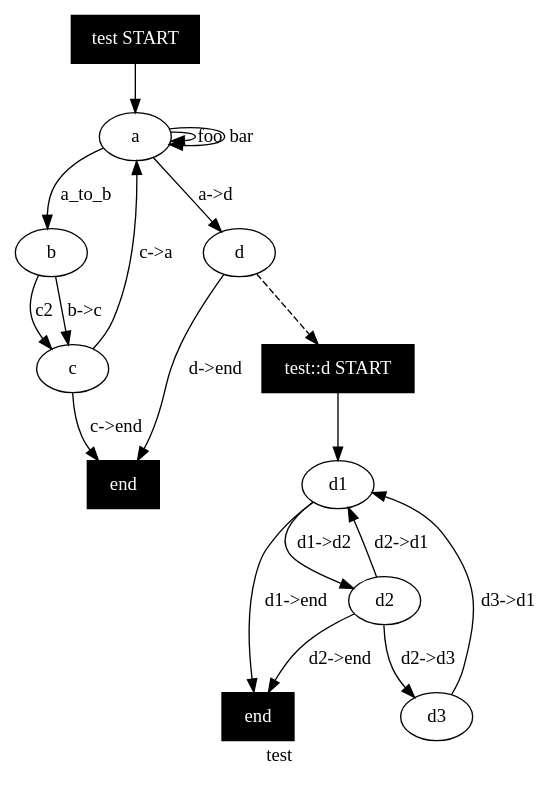
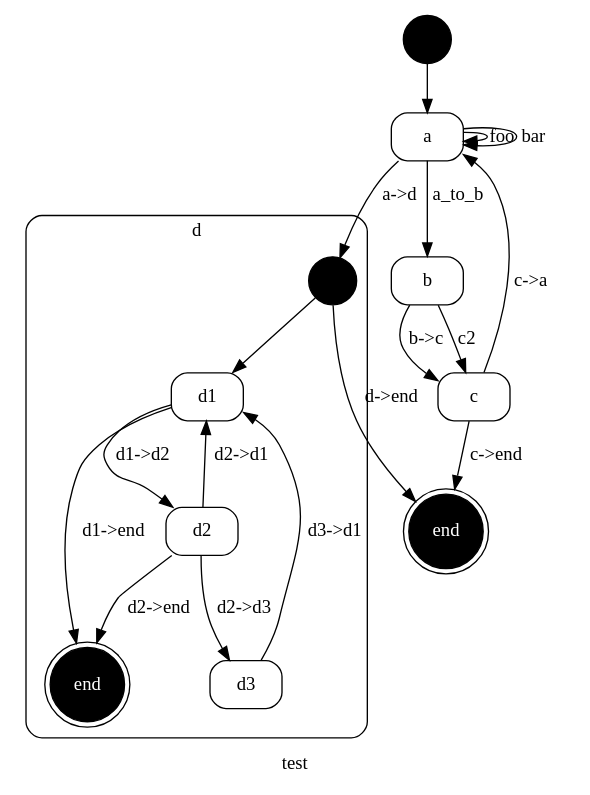
The diagram in example/red_steak-test.dot (kstephens/red_steak), drawn with Graphviz before and after one commit. The commit also changed 16 other files, not shown here.

```diff
--- a/example/red_steak-test.dot
+++ b/example/red_steak-test.dot
@@ -1,89 +1,91 @@
 
 // {#<RedSteak::Statemachine [:test]>
-digraph {
-  label = "test"
-  "test_START" [ shape="rectangle", label="test START", style=filled, fillcolor=black, fontcolor=white ]; 
+digraph x1 {
+  label="test"; 
+  node [ shape="circle", label="", style=filled, fillcolor=black ] x1_START; 
 
 // #<RedSteak::State [:a]>
-"test_a" [ shape="oval", label="a", style=filled, color=black, fillcolor=white, fontcolor=black ];
-"test_START" -> "test_a";
+  node [ shape="box", label="a", style="filled,rounded", color=black, fillcolor=white, fontcolor=black ] x2;
 
 // #<RedSteak::State [:b]>
-"test_b" [ shape="oval", label="b", style=filled, color=black, fillcolor=white, fontcolor=black ];
+  node [ shape="box", label="b", style="filled,rounded", color=black, fillcolor=white, fontcolor=black ] x3;
 
 // #<RedSteak::State [:c]>
-"test_c" [ shape="oval", label="c", style=filled, color=black, fillcolor=white, fontcolor=black ];
+  node [ shape="box", label="c", style="filled,rounded", color=black, fillcolor=white, fontcolor=black ] x4;
 
 // #<RedSteak::State [:end]>
-"test_end" [ shape="rectangle", label="end", style=filled, color=black, fillcolor=black, fontcolor=white ];
+  node [ shape="doublecircle", label="end", style="filled,rounded", color=black, fillcolor=black, fontcolor=white ] x5;
 
 // #<RedSteak::State [:d]>
-"test_d" [ shape="oval", label="d", style=filled, color=black, fillcolor=white, fontcolor=black ];
 
 // {#<RedSteak::Statemachine [:test, :d, :d]>
-subgraph test_d {
-  label = "test::d"
-  "test_d_START" [ shape="rectangle", label="test::d START", style=filled, fillcolor=black, fontcolor=white ]; 
+subgraph cluster_x6 {
+  label="d"; 
+  shape="box"; 
+  style="filled,rounded"; 
+  fillcolor="white"; 
+  fontcolor="black"; 
+  node [ shape="circle", label="", style=filled, fillcolor=black ] x6_START; 
 
-// #<RedSteak::State [:d]>
-"test_d_d1" [ shape="oval", label="d1", style=filled, color=black, fillcolor=white, fontcolor=black ];
-"test_d_START" -> "test_d_d1";
+// #<RedSteak::State [:d, :d1]>
+  node [ shape="box", label="d1", style="filled,rounded", color=black, fillcolor=white, fontcolor=black ] x7;
 
-// #<RedSteak::State [:d]>
-"test_d_d2" [ shape="oval", label="d2", style=filled, color=black, fillcolor=white, fontcolor=black ];
+// #<RedSteak::State [:d, :d2]>
+  node [ shape="box", label="d2", style="filled,rounded", color=black, fillcolor=white, fontcolor=black ] x8;
 
-// #<RedSteak::State [:d]>
-"test_d_end" [ shape="rectangle", label="end", style=filled, color=black, fillcolor=black, fontcolor=white ];
+// #<RedSteak::State [:d, :end]>
+  node [ shape="doublecircle", label="end", style="filled,rounded", color=black, fillcolor=black, fontcolor=white ] x9;
 
-// #<RedSteak::State [:d]>
-"test_d_d3" [ shape="oval", label="d3", style=filled, color=black, fillcolor=white, fontcolor=black ];
-
-// #<RedSteak::Transition d1 === d1->d2 ==> d2>
-"test_d_d1" -> "test_d_d2" [ label="d1->d2", color=black ];
-
-// #<RedSteak::Transition d1 === d1->end ==> end>
-"test_d_d1" -> "test_d_end" [ label="d1->end", color=black ];
-
-// #<RedSteak::Transition d2 === d2->d1 ==> d1>
-"test_d_d2" -> "test_d_d1" [ label="d2->d1", color=black ];
-
-// #<RedSteak::Transition d2 === d2->end ==> end>
-"test_d_d2" -> "test_d_end" [ label="d2->end", color=black ];
-
-// #<RedSteak::Transition d3 === d3->d1 ==> d1>
-"test_d_d3" -> "test_d_d1" [ label="d3->d1", color=black ];
-
-// #<RedSteak::Transition d2 === d2->d3 ==> d3>
-"test_d_d2" -> "test_d_d3" [ label="d2->d3", color=black ];
+// #<RedSteak::State [:d, :d3]>
+  node [ shape="box", label="d3", style="filled,rounded", color=black, fillcolor=white, fontcolor=black ] x10;
 }
 // } #<RedSteak::Statemachine [:test, :d, :d]>
-"test_d" -> "test_d_START" [ style=dashed ];
 
-// #<RedSteak::Transition a === foo ==> a>
-"test_a" -> "test_a" [ label="foo", color=black ];
+// #<RedSteak::Transition :foo :a -> :a>
+x2 -> x2 [ label="foo", color=black, fontcolor=black ];
 
-// #<RedSteak::Transition a === bar ==> a>
-"test_a" -> "test_a" [ label="bar", color=black ];
+// #<RedSteak::Transition :bar :a -> :a>
+x2 -> x2 [ label="bar", color=black, fontcolor=black ];
 
-// #<RedSteak::Transition a === a_to_b ==> b>
-"test_a" -> "test_b" [ label="a_to_b", color=black ];
+// #<RedSteak::Transition :a_to_b :a -> :b>
+x2 -> x3 [ label="a_to_b", color=black, fontcolor=black ];
 
-// #<RedSteak::Transition b === b->c ==> c>
-"test_b" -> "test_c" [ label="b->c", color=black ];
+// #<RedSteak::Transition :"b->c" :b -> :c>
+x3 -> x4 [ label="b->c", color=black, fontcolor=black ];
 
-// #<RedSteak::Transition b === c2 ==> c>
-"test_b" -> "test_c" [ label="c2", color=black ];
+// #<RedSteak::Transition :c2 :b -> :c>
+x3 -> x4 [ label="c2", color=black, fontcolor=black ];
 
-// #<RedSteak::Transition c === c->a ==> a>
-"test_c" -> "test_a" [ label="c->a", color=black ];
+// #<RedSteak::Transition :"c->a" :c -> :a>
+x4 -> x2 [ label="c->a", color=black, fontcolor=black ];
 
-// #<RedSteak::Transition c === c->end ==> end>
-"test_c" -> "test_end" [ label="c->end", color=black ];
+// #<RedSteak::Transition :"c->end" :c -> :end>
+x4 -> x5 [ label="c->end", color=black, fontcolor=black ];
 
-// #<RedSteak::Transition a === a->d ==> d>
-"test_a" -> "test_d" [ label="a->d", color=black ];
+// #<RedSteak::Transition :"a->d" :a -> :d>
+x2 -> x6_START [ label="a->d", color=black, fontcolor=black ];
 
-// #<RedSteak::Transition d === d->end ==> end>
-"test_d" -> "test_end" [ label="d->end", color=black ];
+// #<RedSteak::Transition :"d->end" :d -> :end>
+x6_START -> x5 [ label="d->end", color=black, fontcolor=black ];
+x1_START -> x2;
+
+// #<RedSteak::Transition :"d1->d2" :d1 -> :d2>
+x7 -> x8 [ label="d1->d2", color=black, fontcolor=black ];
+
+// #<RedSteak::Transition :"d1->end" :d1 -> :end>
+x7 -> x9 [ label="d1->end", color=black, fontcolor=black ];
+
+// #<RedSteak::Transition :"d2->d1" :d2 -> :d1>
+x8 -> x7 [ label="d2->d1", color=black, fontcolor=black ];
+
+// #<RedSteak::Transition :"d2->end" :d2 -> :end>
+x8 -> x9 [ label="d2->end", color=black, fontcolor=black ];
+
+// #<RedSteak::Transition :"d3->d1" :d3 -> :d1>
+x10 -> x7 [ label="d3->d1", color=black, fontcolor=black ];
+
+// #<RedSteak::Transition :"d2->d3" :d2 -> :d3>
+x8 -> x10 [ label="d2->d3", color=black, fontcolor=black ];
+x6_START -> x7;
 }
 // } #<RedSteak::Statemachine [:test]>
```
